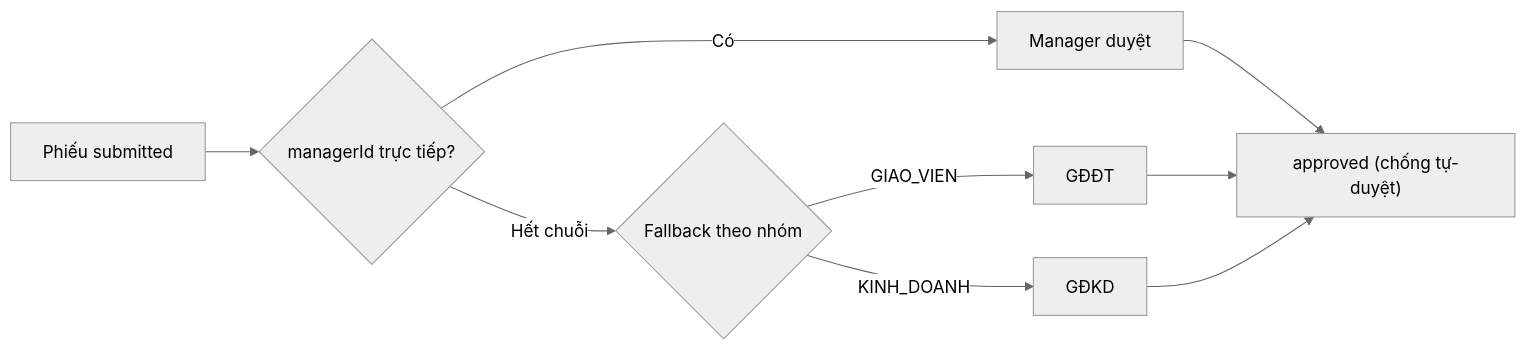
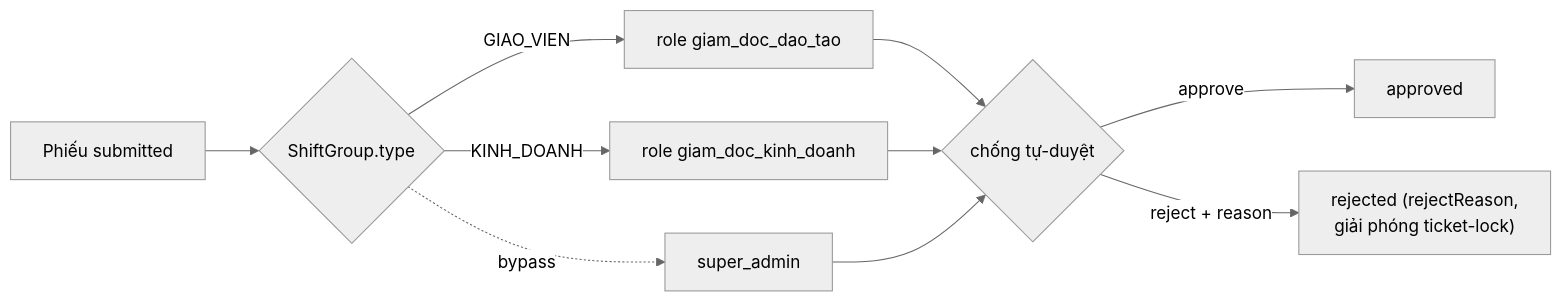
Before and after one commit to manhquydev/cmc_edu: the fourth of 5 diagrams in docs/27-workflow-spec-p3.md, drawn with Mermaid (neutral theme). The commit also changed other lines of this file and 15 other files, not shown here.

````diff
--- a/docs/27-workflow-spec-p3.md
+++ b/docs/27-workflow-spec-p3.md
@@ -92,9 +99,10 @@
 ```mermaid
 flowchart LR
-    A["Phiếu submitted"] --> B{"managerId trực tiếp?"}
-    B -->|Có| C["Manager duyệt"]
-    B -->|Hết chuỗi| D{"Fallback theo nhóm"}
-    D -->|GIAO_VIEN| E["GĐĐT"]
-    D -->|KINH_DOANH| F["GĐKD"]
-    C & E & F --> G["approved (chống tự-duyệt)"]
+    A["Phiếu submitted"] --> B{"ShiftGroup.type"}
+    B -->|KINH_DOANH| F["role giam_doc_kinh_doanh"]
+    B -->|GIAO_VIEN| E["role giam_doc_dao_tao"]
+    B -.->|bypass| S["super_admin"]
+    E & F & S --> G{"chống tự-duyệt"}
+    G -->|approve| H["approved"]
+    G -->|reject + reason| I["rejected (rejectReason,<br/>giải phóng ticket-lock)"]
 ```
````
